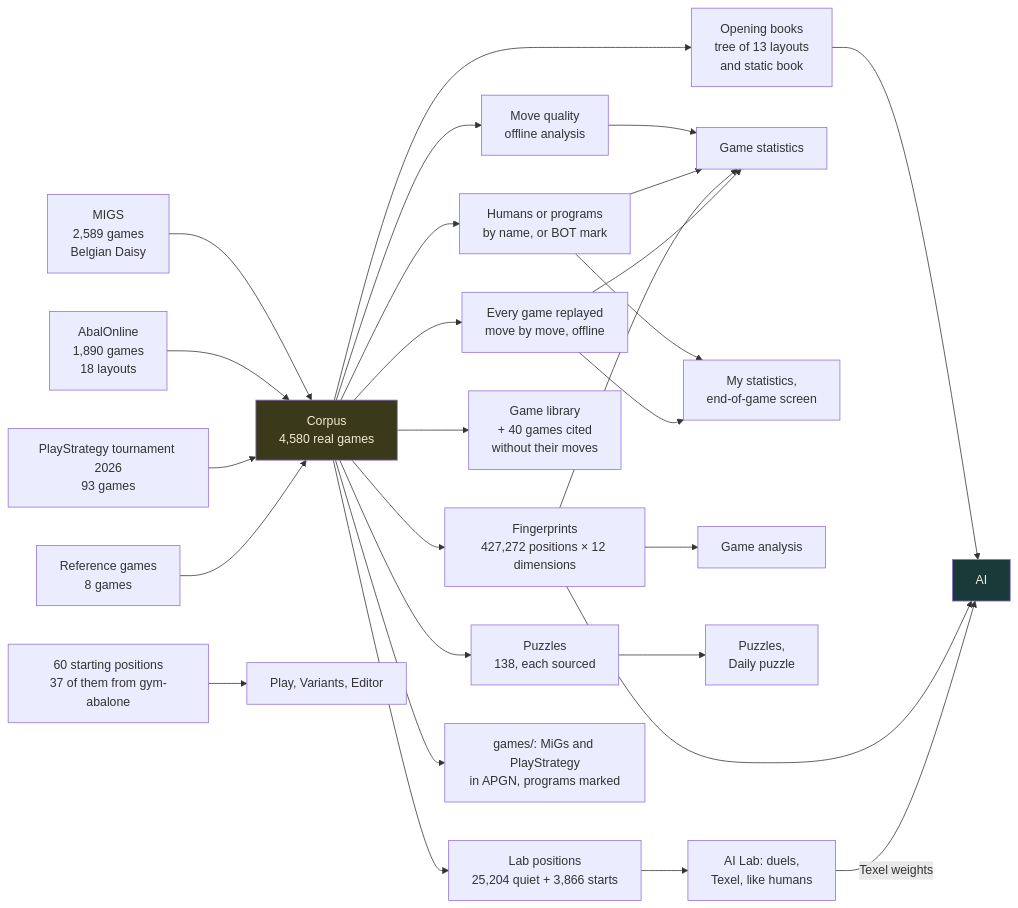
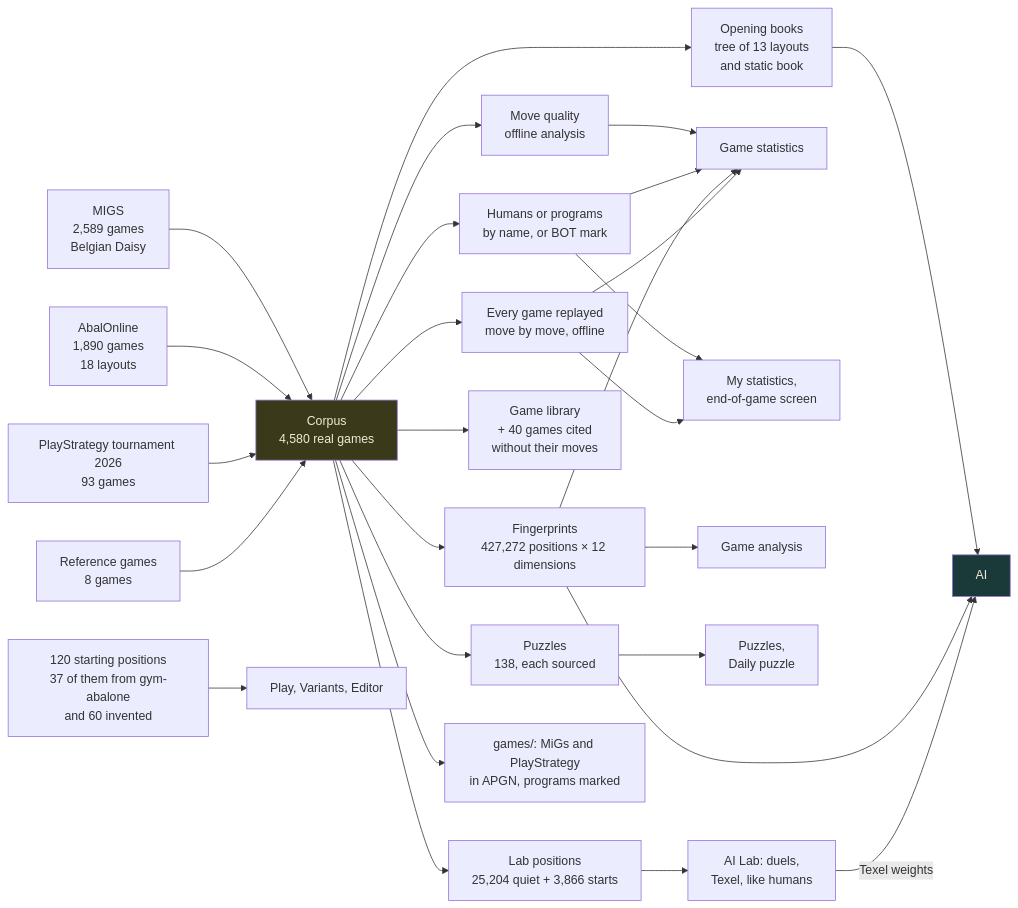
The second of 3 diagrams in docs-en/Architecture.en.md (ocj94/Abalassembly), drawn with Mermaid before and after one commit. The commit also changed other lines of this file and 17 other files, not shown here.

````diff
--- a/docs-en/Architecture.en.md
+++ b/docs-en/Architecture.en.md
@@ -61,34 +61,34 @@
 ```mermaid
 flowchart LR
     S1[MIGS<br/>2,589 games<br/>Belgian Daisy] --> C[Corpus<br/>4,580 real games]
     S2[AbalOnline<br/>1,890 games<br/>18 layouts] --> C
     S3[PlayStrategy tournament 2026<br/>93 games] --> C
     S4[Reference games<br/>8 games] --> C
 
     C --> O[Opening books<br/>tree of 13 layouts<br/>and static book]
     C --> E[Fingerprints<br/>427,272 positions × 12 dimensions]
     C --> R[Every game replayed<br/>move by move, offline]
     C --> P[Puzzles<br/>138, each sourced]
     C --> LP[Lab positions<br/>25,204 quiet + 3,866 starts]
     C --> L[Game library<br/>+ 40 games cited<br/>without their moves]
     C --> Q[Move quality<br/>offline analysis]
     C --> HP[Humans or programs<br/>by name, or BOT mark]
     C --> AP[games/: MiGs and PlayStrategy<br/>in APGN, programs marked]
-    D[60 starting positions<br/>37 of them from gym-abalone] --> V[Play, Variants, Editor]
+    D[120 starting positions<br/>37 of them from gym-abalone<br/>and 60 invented] --> V[Play, Variants, Editor]
     Q --> ST
     HP --> ST
     HP --> MS
 
     O --> AI[AI]
     E --> AI
     E --> AN[Game analysis]
     E --> ST[Game statistics]
     R --> ST
     R --> MS[My statistics,<br/>end-of-game screen]
     P --> PB[Puzzles,<br/>Daily puzzle]
     LP --> LAB[AI Lab: duels,<br/>Texel, like humans]
     LAB -->|Texel weights| AI
 
     style C fill:#3a3a1a,color:#f0ead6
     style AI fill:#1a3a3a,color:#f0ead6
 ```
````
